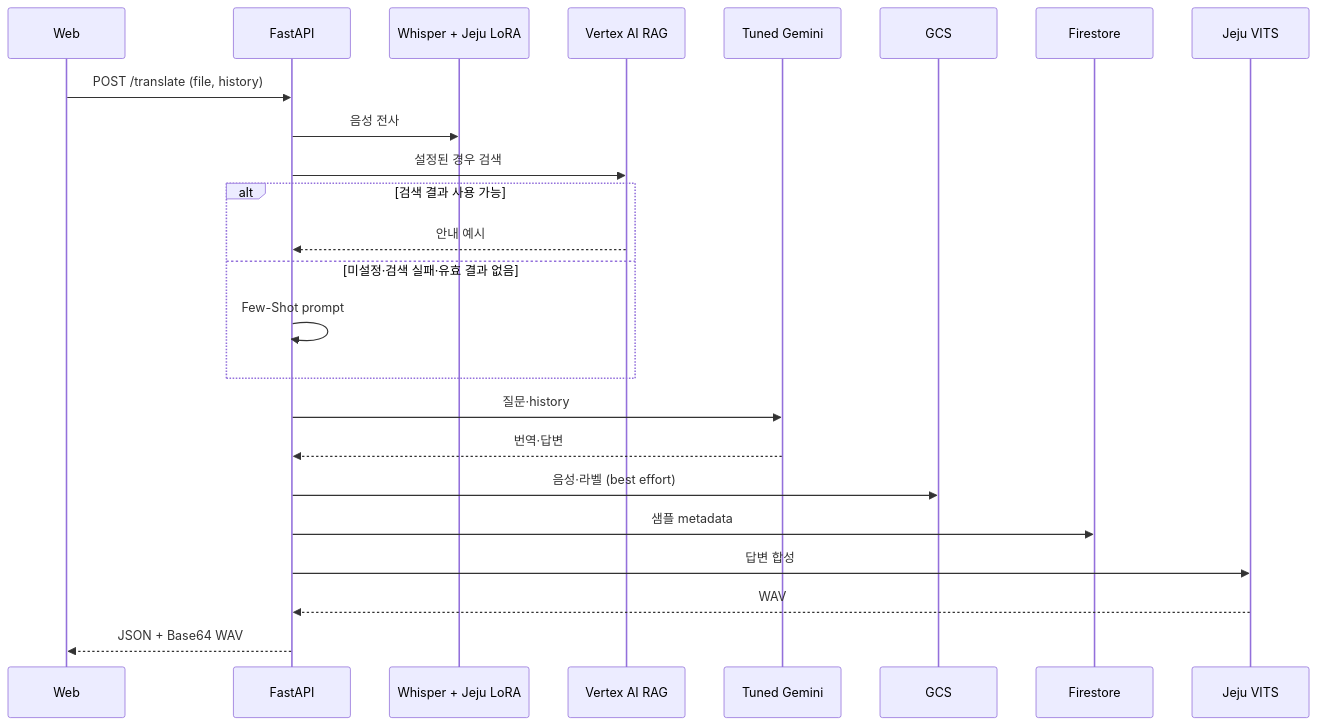
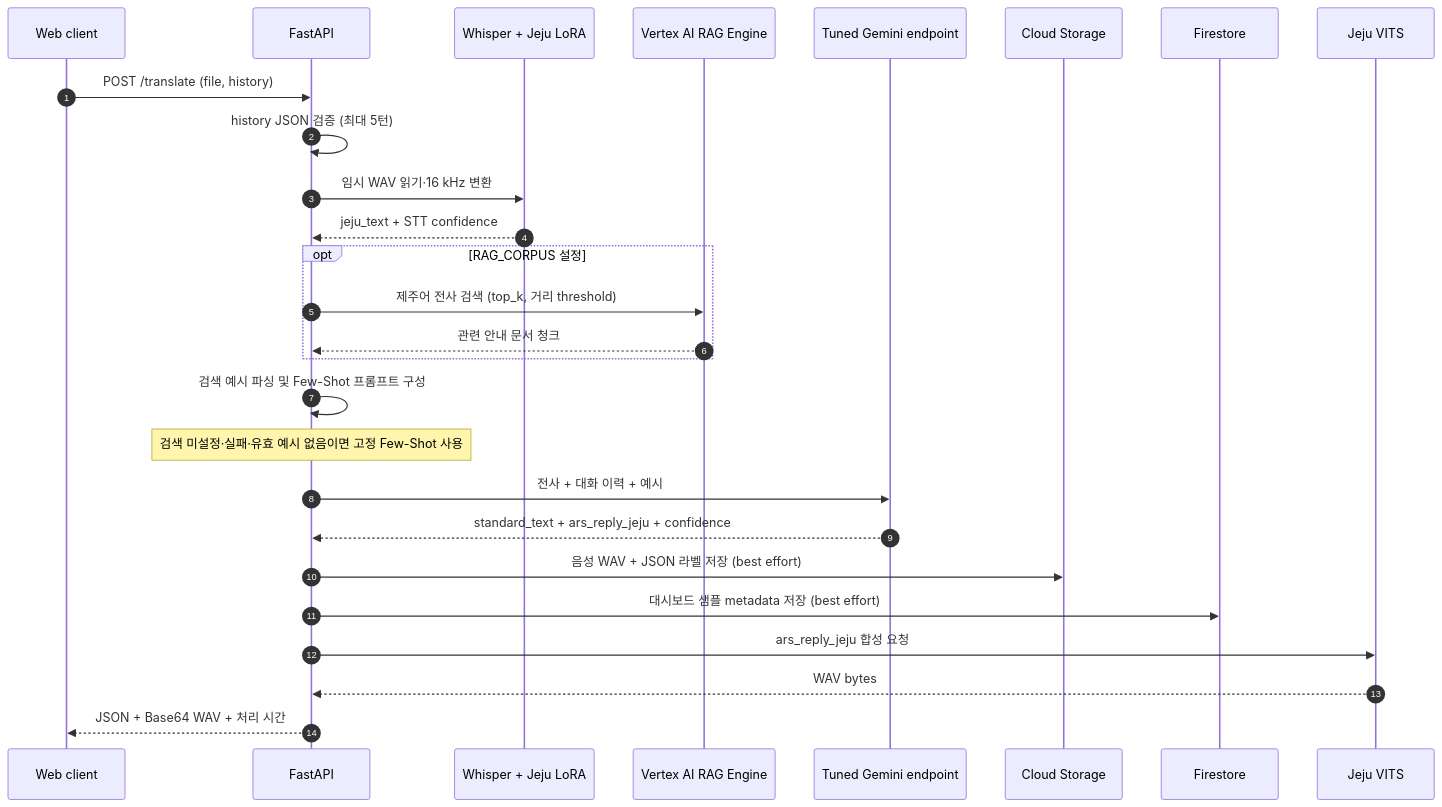
One commit to sunghopp/Korean-Heritage-API-SVR changed the diagram in README.md. Above: the diagram before and after it, drawn with Mermaid. The commit also changed other lines of this file, not shown here.

Commit message:
docs(api): expand pipeline and evaluation documentation

````diff
--- a/README.md
+++ b/README.md
@@ -23,26 +22,29 @@
-~~~mermaid
+```mermaid
 sequenceDiagram
-  participant Web
+  autonumber
+  participant Web as Web client
   participant API as FastAPI
   participant STT as Whisper + Jeju LoRA
-  participant RAG as Vertex AI RAG
-  participant Gemini as Tuned Gemini
-  participant GCS
+  participant RAG as Vertex AI RAG Engine
+  participant Gemini as Tuned Gemini endpoint
+  participant GCS as Cloud Storage
   participant FS as Firestore
   participant TTS as Jeju VITS
   Web->>API: POST /translate (file, history)
-  API->>STT: 음성 전사
-  API->>RAG: 설정된 경우 검색
-  alt 검색 결과 사용 가능
-    RAG-->>API: 안내 예시
-  else 미설정·검색 실패·유효 결과 없음
-    API->>API: Few-Shot prompt
+  API->>API: history JSON 검증 (최대 5턴)
+  API->>STT: 임시 WAV 읽기·16 kHz 변환
+  STT-->>API: jeju_text + STT confidence
+  opt RAG_CORPUS 설정
+    API->>RAG: 제주어 전사 검색 (top_k, 거리 threshold)
+    RAG-->>API: 관련 안내 문서 청크
   end
-  API->>Gemini: 질문·history
-  Gemini-->>API: 번역·답변
-  API->>GCS: 음성·라벨 (best effort)
-  API->>FS: 샘플 metadata
-  API->>TTS: 답변 합성
-  TTS-->>API: WAV
-  API-->>Web: JSON + Base64 WAV
-~~~
+  API->>API: 검색 예시 파싱 및 Few-Shot 프롬프트 구성
+  Note over API: 검색 미설정·실패·유효 예시 없음이면 고정 Few-Shot 사용
+  API->>Gemini: 전사 + 대화 이력 + 예시
+  Gemini-->>API: standard_text + ars_reply_jeju + confidence
+  API->>GCS: 음성 WAV + JSON 라벨 저장 (best effort)
+  API->>FS: 대시보드 샘플 metadata 저장 (best effort)
+  API->>TTS: ars_reply_jeju 합성 요청
+  TTS-->>API: WAV bytes
+  API-->>Web: JSON + Base64 WAV + 처리 시간
+```
````
